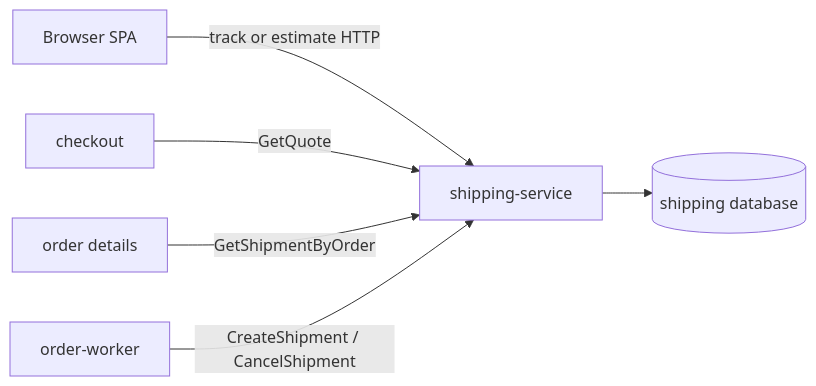
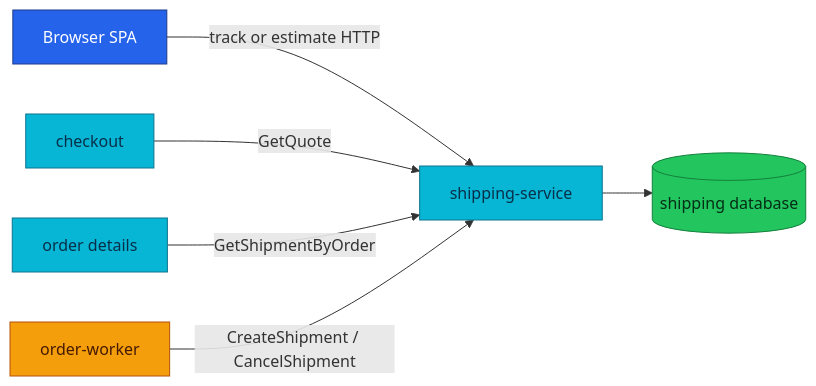
The diagram in docs/api/shipping.md (duynhlab/homelab), drawn with Mermaid before and after one commit. The commit also changed other lines of this file and 15 other files, not shown here.

First line of the commit message:
Improve API architecture diagrams (#513)

````diff
--- a/docs/api/shipping.md
+++ b/docs/api/shipping.md
@@ -21,8 +21,17 @@
 ```mermaid
 flowchart LR
     SPA[Browser SPA] -->|track or estimate HTTP| Shipping[shipping-service]
     Checkout[checkout] -->|GetQuote| Shipping
     Order[order details] -->|GetShipmentByOrder| Shipping
     Worker[order-worker] -->|CreateShipment / CancelShipment| Shipping
     Shipping --> DB[(shipping database)]
+
+    classDef edge fill:#2563eb,color:#fff,stroke:#1e3a8a;
+    classDef service fill:#06b6d4,color:#082f49,stroke:#0e7490;
+    classDef worker fill:#f59e0b,color:#451a03,stroke:#b45309;
+    classDef data fill:#22c55e,color:#052e16,stroke:#15803d;
+    class SPA edge;
+    class Shipping,Checkout,Order service;
+    class Worker worker;
+    class DB data;
 ```
````
